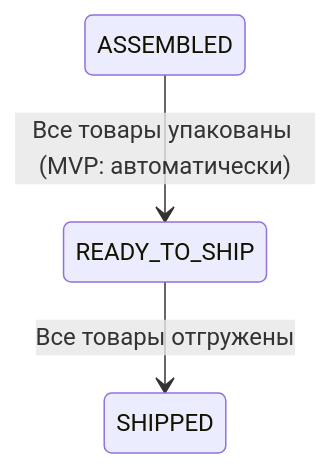
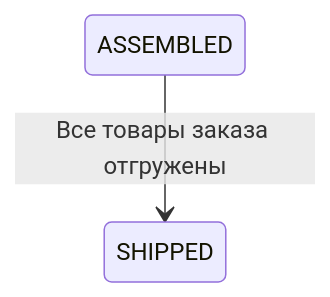
Before and after one commit to oglenyaboss/avalanche-wms: the third of 4 diagrams in docs/flows/shipping-flow.md, drawn with Mermaid. The commit also changed other lines of this file and 4 other files, not shown here.

````diff
--- a/docs/flows/shipping-flow.md
+++ b/docs/flows/shipping-flow.md
@@ -65,5 +81,4 @@
 ```mermaid
 stateDiagram-v2
-    ASSEMBLED --> READY_TO_SHIP : Все товары упакованы (MVP: автоматически)
-    READY_TO_SHIP --> SHIPPED : Все товары отгружены
+    ASSEMBLED --> SHIPPED : Все товары заказа отгружены
 ```
````
